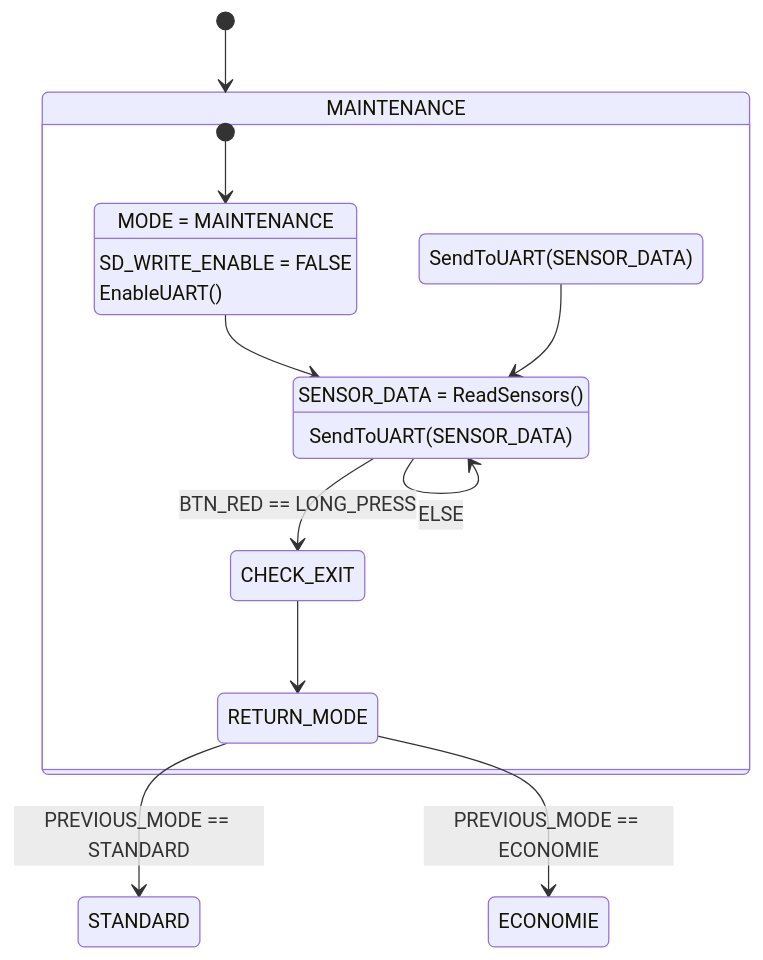
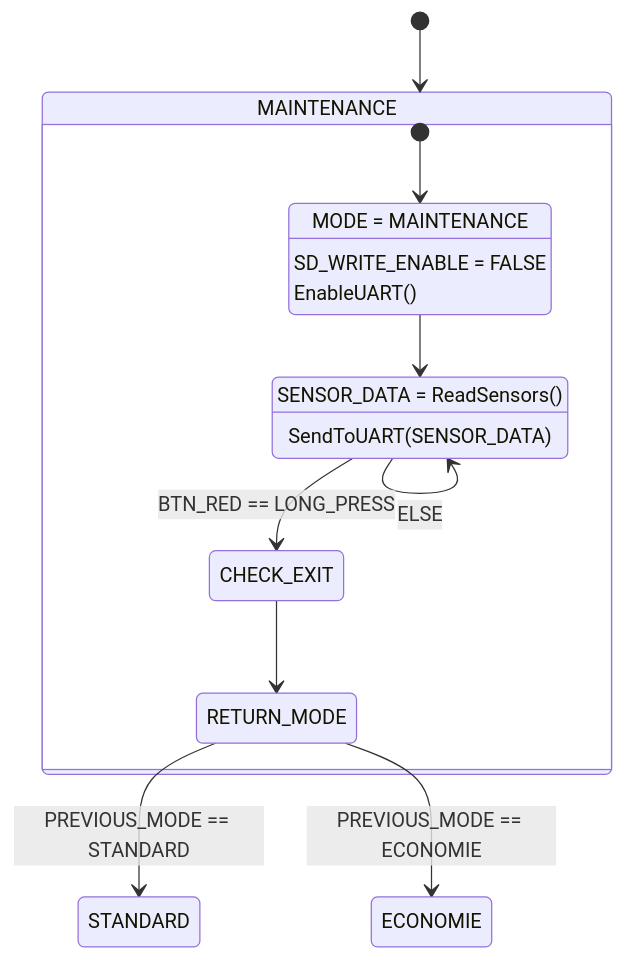
One commit to MartRev/Livrable-2-2026-Proejt-S3E changed the third of 5 diagrams in README.md. Above: the diagram before and after it, drawn with Mermaid.

````diff
--- a/README.md
+++ b/README.md
@@ -280,57 +280,57 @@
 ```mermaid
 stateDiagram-v2
 
+    %% ======================================
     %% ACTIVATION DU MODE MAINTENANCE
+    %% ======================================
 
     [*] --> MAINTENANCE
     %% Le système entre en mode maintenance
 
     state MAINTENANCE {
 
         [*] --> INIT_MAINT
 
+        %% ======================================
         %% INITIALISATION DU MODE
+        %% ======================================
 
         INIT_MAINT : MODE = MAINTENANCE
         INIT_MAINT : SD_WRITE_ENABLE = FALSE
         INIT_MAINT : EnableUART()
-        %% On passe le système en maintenance
-        %% On bloque l'écriture sur la carte SD
-        %% On active l'interface série (UART)
+        %% Passage en mode maintenance
+        %% Blocage écriture carte SD
+        %% Activation interface série
 
         INIT_MAINT --> RUN_MAINT
 
+        %% ======================================
+        %% BOUCLE PRINCIPALE
+        %% ======================================
+
         RUN_MAINT : SENSOR_DATA = ReadSensors()
         RUN_MAINT : SendToUART(SENSOR_DATA)
-        %% Les capteurs mesure et les données sont affiché en temps réel sur UART
+        %% Les capteurs continuent de mesurer
+        %% Les données sont envoyées automatiquement sur le port série
         %% Aucune écriture sur la carte SD
 
+        RUN_MAINT --> CHECK_EXIT : BTN_RED == LONG_PRESS
+        RUN_MAINT --> RUN_MAINT : ELSE
+        %% Boucle continue tant que pas de sortie
 
-
-        RUN_MAINT --> CHECK_EXIT : BTN_RED == LONG_PRESS
-        %% Si appui longtemps bouton rouge, mode maintenance activé
-
-        RUN_MAINT --> RUN_MAINT : ELSE
-        %% Sinon, on continue la boucle
-
-        %% ENVOI DES DONNÉES
-
-        SEND_DATA : SendToUART(SENSOR_DATA)
-        %% Transmission directe des données
-        %% (sans écriture sur la carte SD)
-
-        SEND_DATA --> RUN_MAINT
-
-        
+        %% ======================================
+        %% SORTIE DU MODE
+        %% ======================================
 
         CHECK_EXIT --> RETURN_MODE
-        %% On retourne vers le mode précédent
+        %% Retour vers le mode précédent
     }
 
-    
+    %% ======================================
+    %% RETOUR AU MODE PRÉCÉDENT
+    %% ======================================
 
     RETURN_MODE --> STANDARD : PREVIOUS_MODE == STANDARD
     RETURN_MODE --> ECONOMIE : PREVIOUS_MODE == ECONOMIE
     %% Le système revient au mode actif avant maintenance
-
 ```
````
